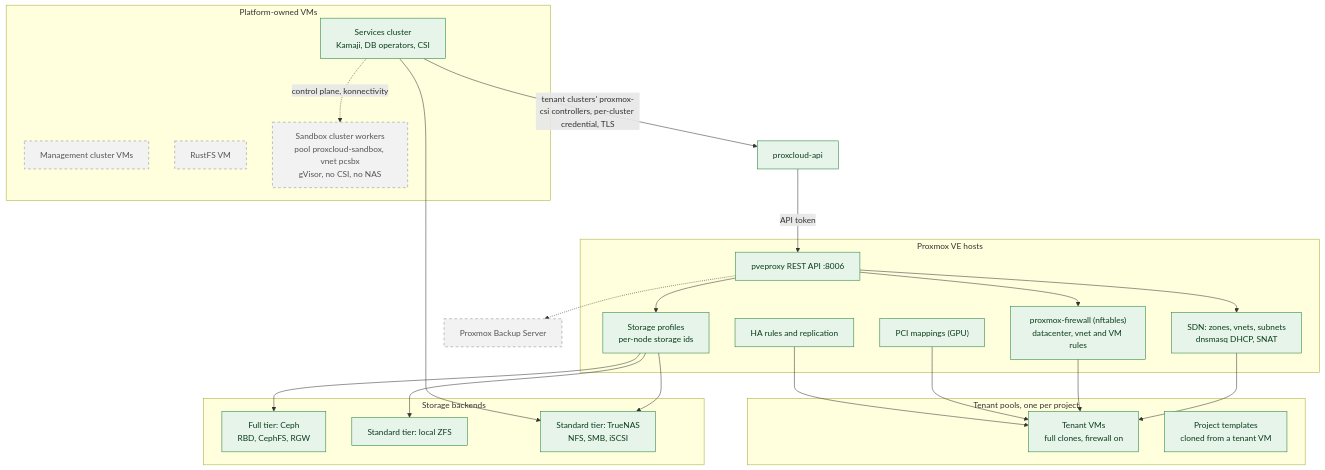
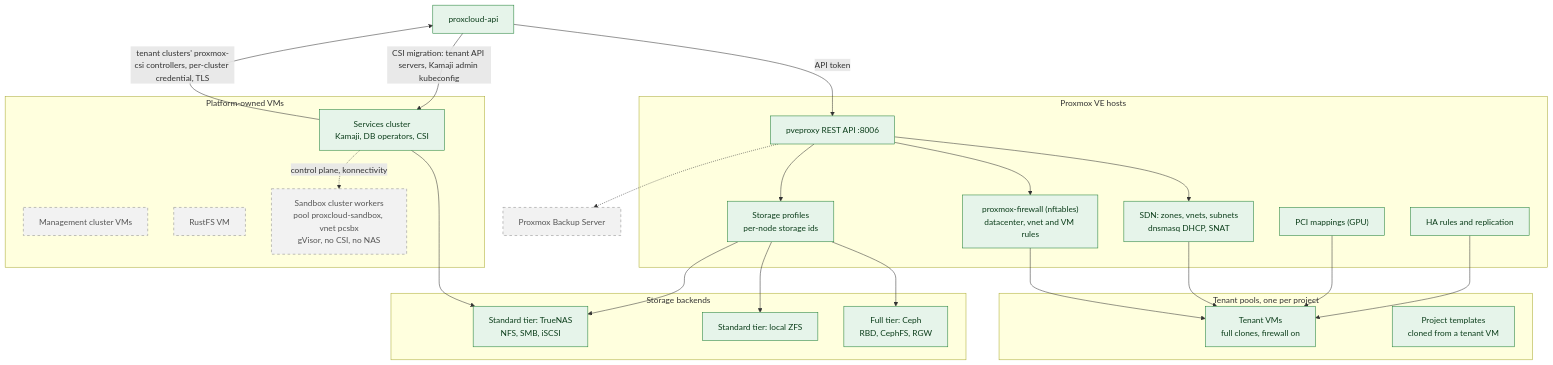
The second of 3 diagrams in docs/architecture/c4/c2-containers.md (mutex-solutions/proxcloud), drawn with Mermaid before and after one commit. The commit also changed 16 other files, not shown here.

First line of the commit message:
feat(k8s): migrate clusters off tenant csi tokens

````diff
--- a/docs/architecture/c4/c2-containers.md
+++ b/docs/architecture/c4/c2-containers.md
@@ -78,52 +78,53 @@
 ```mermaid
 flowchart TB
   classDef impl fill:#e6f4ea,stroke:#1e7e34,color:#0b3d1a
   classDef planned fill:#f2f2f2,stroke:#8a8a8a,stroke-dasharray:5 5,color:#555555
 
   api["proxcloud-api"]:::impl
 
   subgraph host["Proxmox VE hosts"]
     papi["pveproxy REST API :8006"]:::impl
     sdn["SDN: zones, vnets, subnets<br/>dnsmasq DHCP, SNAT"]:::impl
     fw["proxmox-firewall (nftables)<br/>datacenter, vnet and VM rules"]:::impl
     sto["Storage profiles<br/>per-node storage ids"]:::impl
     pci["PCI mappings (GPU)"]:::impl
     ha["HA rules and replication"]:::impl
   end
 
   subgraph tenantzone["Tenant pools, one per project"]
     vm["Tenant VMs<br/>full clones, firewall on"]:::impl
     tpl["Project templates<br/>cloned from a tenant VM"]:::impl
   end
 
   subgraph sys["Platform-owned VMs"]
     mgmtvm["Management cluster VMs"]:::planned
     svc["Services cluster<br/>Kamaji, DB operators, CSI"]:::impl
     rfsvm["RustFS VM"]:::planned
     sbx["Sandbox cluster workers<br/>pool proxcloud-sandbox, vnet pcsbx<br/>gVisor, no CSI, no NAS"]:::planned
   end
 
   subgraph tiers["Storage backends"]
     ceph["Full tier: Ceph<br/>RBD, CephFS, RGW"]:::impl
     zfs["Standard tier: local ZFS"]:::impl
     nas["Standard tier: TrueNAS<br/>NFS, SMB, iSCSI"]:::impl
   end
 
   pbs["Proxmox Backup Server"]:::planned
 
   api -->|"API token"| papi
   papi --> sdn
   papi --> fw
   papi --> sto
   sdn --> vm
   fw --> vm
   pci --> vm
   sto --> ceph
   sto --> zfs
   sto --> nas
   ha --> vm
   svc --> nas
   svc -->|"tenant clusters' proxmox-csi controllers, per-cluster credential, TLS"| api
+  api -->|"CSI migration: tenant API servers, Kamaji admin kubeconfig"| svc
   svc -.->|"control plane, konnectivity"| sbx
   papi -.-> pbs
 ```
````
